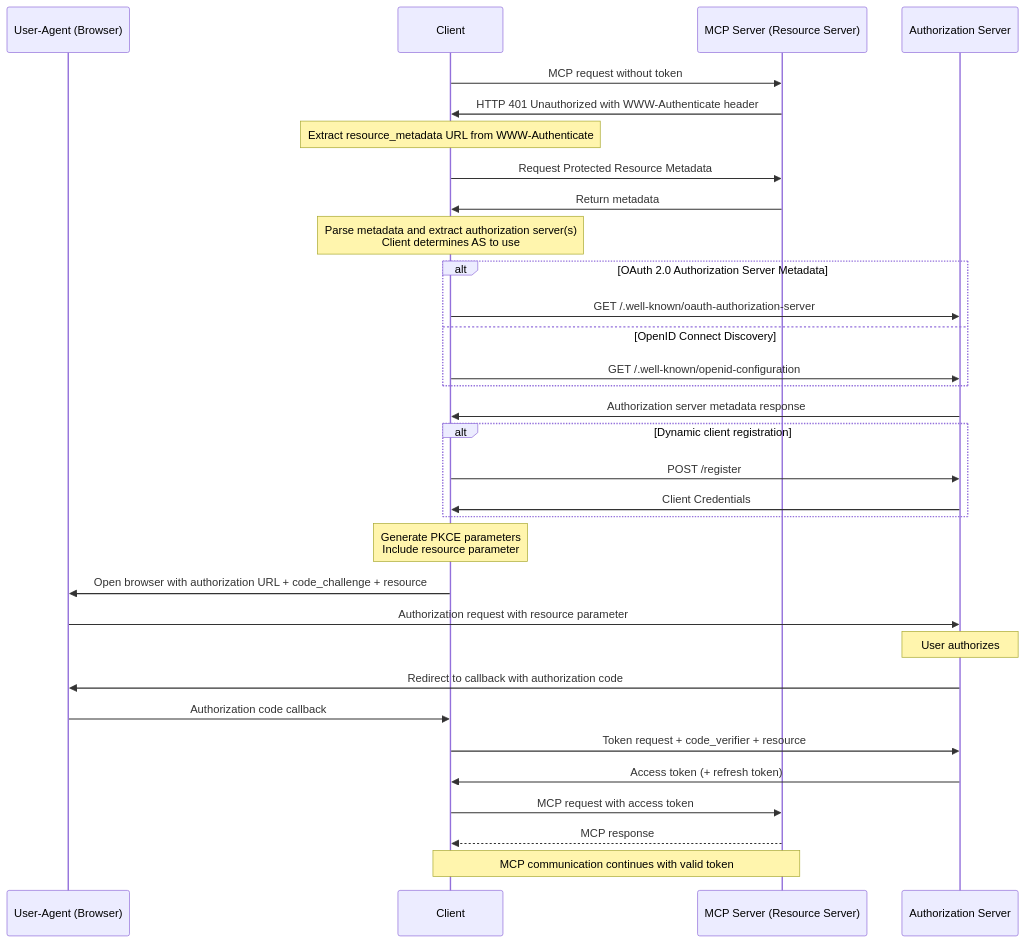
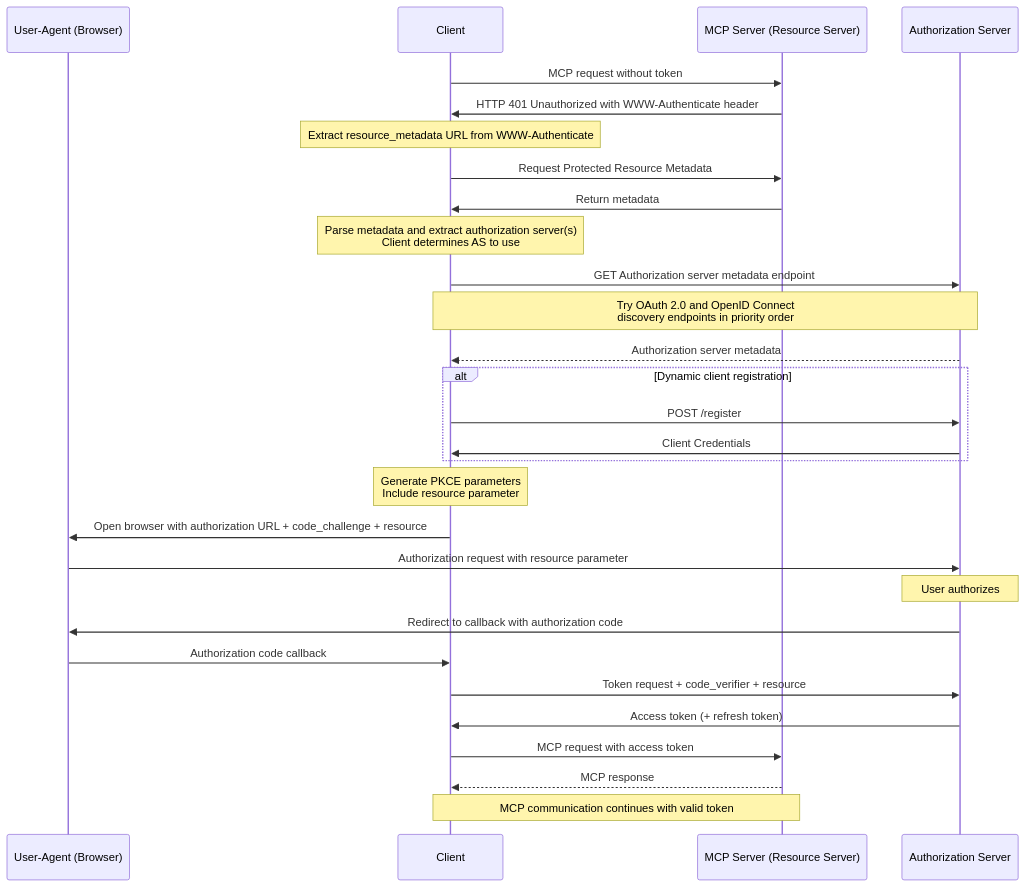
The second of 2 diagrams in docs/specification/draft/basic/authorization.mdx (tobinsouth/modelcontextprotocol), drawn with Mermaid before and after one commit. The commit also changed other lines of this file, not shown here.

Commit message:
feat: clarify server metadata discovery mechanisim

````diff
--- a/docs/specification/draft/basic/authorization.mdx
+++ b/docs/specification/draft/basic/authorization.mdx
@@ -159,40 +173,37 @@
 ```mermaid
 sequenceDiagram
     participant B as User-Agent (Browser)
     participant C as Client
     participant M as MCP Server (Resource Server)
     participant A as Authorization Server
 
     C->>M: MCP request without token
     M->>C: HTTP 401 Unauthorized with WWW-Authenticate header
     Note over C: Extract resource_metadata URL from WWW-Authenticate
 
     C->>M: Request Protected Resource Metadata
     M->>C: Return metadata
 
     Note over C: Parse metadata and extract authorization server(s)<br/>Client determines AS to use
 
-    alt OAuth 2.0 Authorization Server Metadata
-        C->>A: GET /.well-known/oauth-authorization-server
-    else OpenID Connect Discovery
-        C->>A: GET /.well-known/openid-configuration
-    end
-    A->>C: Authorization server metadata response
+    C->>A: GET Authorization server metadata endpoint
+    Note over C,A: Try OAuth 2.0 and OpenID Connect<br/>discovery endpoints in priority order
+    A-->>C: Authorization server metadata
 
     alt Dynamic client registration
         C->>A: POST /register
         A->>C: Client Credentials
     end
 
     Note over C: Generate PKCE parameters<br/>Include resource parameter
     C->>B: Open browser with authorization URL + code_challenge + resource
     B->>A: Authorization request with resource parameter
     Note over A: User authorizes
     A->>B: Redirect to callback with authorization code
     B->>C: Authorization code callback
     C->>A: Token request + code_verifier + resource
     A->>C: Access token (+ refresh token)
     C->>M: MCP request with access token
     M-->>C: MCP response
     Note over C,M: MCP communication continues with valid token
 ```
````
